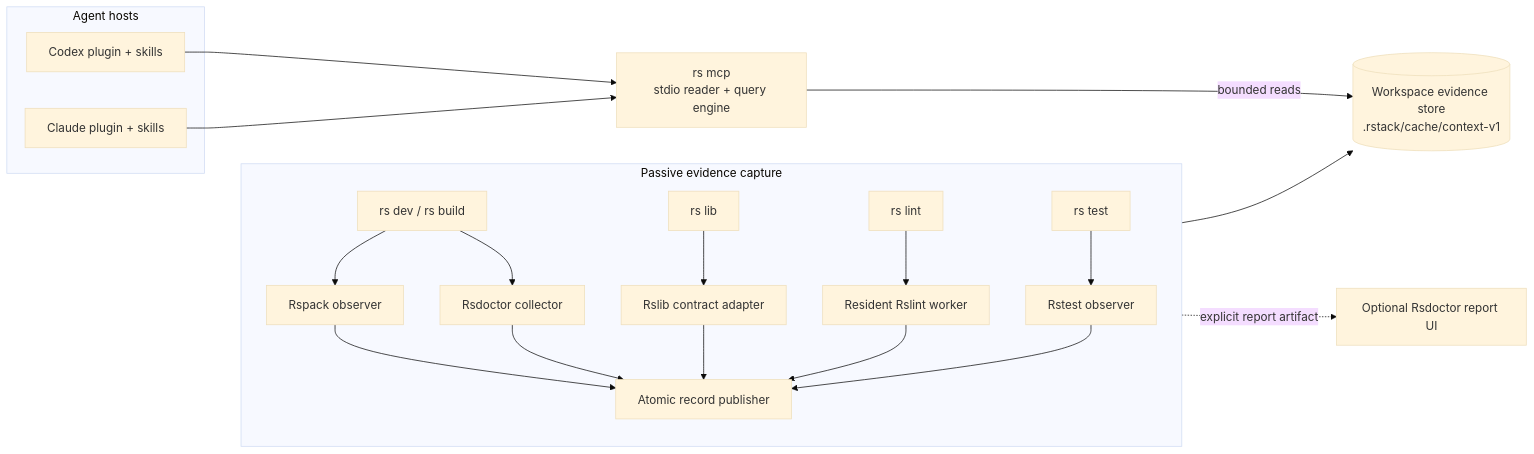
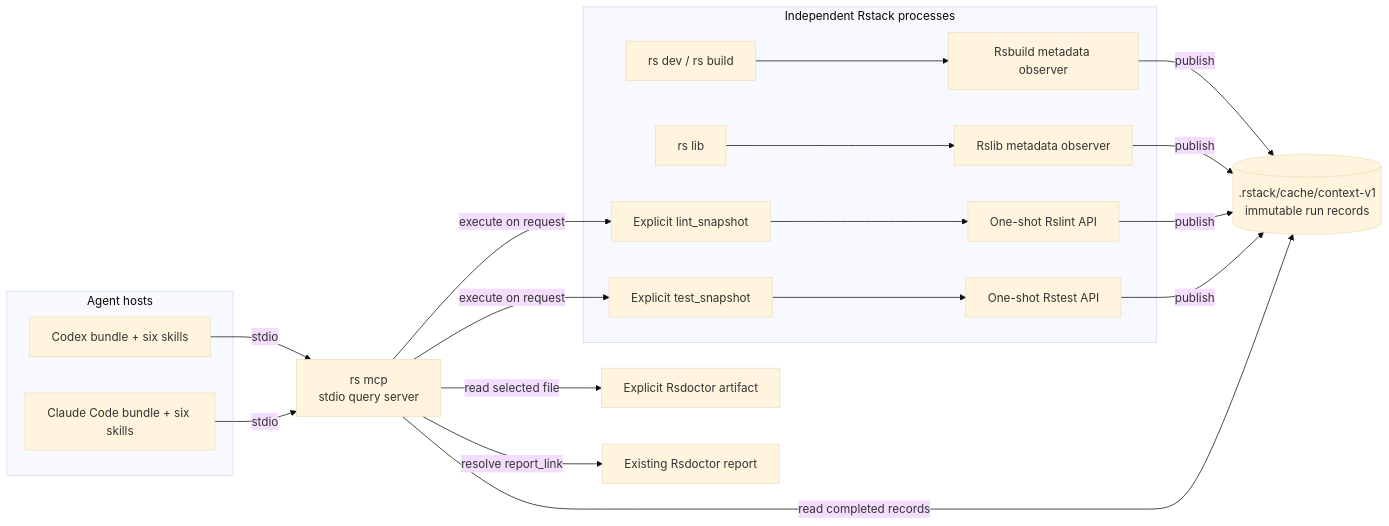
One commit to rstackjs/rstack-cli changed the first of 7 diagrams in docs/rfcs/0001-rstack-context-engine.md. Above: the diagram before and after it, drawn with Mermaid (base theme). The commit also changed other lines of this file, not shown here.

Commit message:
docs: align context engine RFC

````diff
--- a/docs/rfcs/0001-rstack-context-engine.md
+++ b/docs/rfcs/0001-rstack-context-engine.md
@@ -137,32 +83,31 @@
 ```mermaid
 flowchart LR
-  subgraph Capture["Passive evidence capture"]
-    direction TB
-    Build["rs dev / rs build"] --> Rspack["Rspack observer"]
-    Build --> Doctor["Rsdoctor collector"]
-    Lib["rs lib"] --> Rslib["Rslib contract adapter"]
-    Lint["rs lint"] --> Rslint["Resident Rslint worker"]
-    Test["rs test"] --> Rstest["Rstest observer"]
-    Rspack --> Publish["Atomic record publisher"]
-    Doctor --> Publish
-    Rslib --> Publish
-    Rslint --> Publish
-    Rstest --> Publish
+  subgraph Processes["Independent Rstack processes"]
+    App["rs dev / rs build"] --> AppObserver["Rsbuild metadata observer"]
+    Library["rs lib"] --> LibObserver["Rslib metadata observer"]
+    Lint["Explicit lint_snapshot"] --> Rslint["One-shot Rslint API"]
+    Test["Explicit test_snapshot"] --> Rstest["One-shot Rstest API"]
   end
 
-  Store[("Workspace evidence store<br/>.rstack/cache/context-v1")]
-  Broker["rs mcp<br/>stdio reader + query engine"]
+  Store[(".rstack/cache/context-v1<br/>immutable run records")]
+  Artifact["Explicit Rsdoctor artifact"]
+  Report["Existing Rsdoctor report"]
+  MCP["rs mcp<br/>stdio query server"]
 
   subgraph Hosts["Agent hosts"]
-    Codex["Codex plugin + skills"]
-    Claude["Claude plugin + skills"]
+    Codex["Codex bundle + six skills"]
+    Claude["Claude Code bundle + six skills"]
   end
 
-  OptionalUI["Optional Rsdoctor report UI"]
-
-  Publish --> Store
-  Codex --> Broker
-  Claude --> Broker
-  Broker -->|"bounded reads"| Store
-  Doctor -. "explicit report artifact" .-> OptionalUI
+  AppObserver -->|publish| Store
+  LibObserver -->|publish| Store
+  Rslint -->|publish| Store
+  Rstest -->|publish| Store
+  Codex -->|stdio| MCP
+  Claude -->|stdio| MCP
+  MCP -->|read completed records| Store
+  MCP -->|read selected file| Artifact
+  MCP -->|resolve report_link| Report
+  MCP -->|execute on request| Lint
+  MCP -->|execute on request| Test
 ```
````
